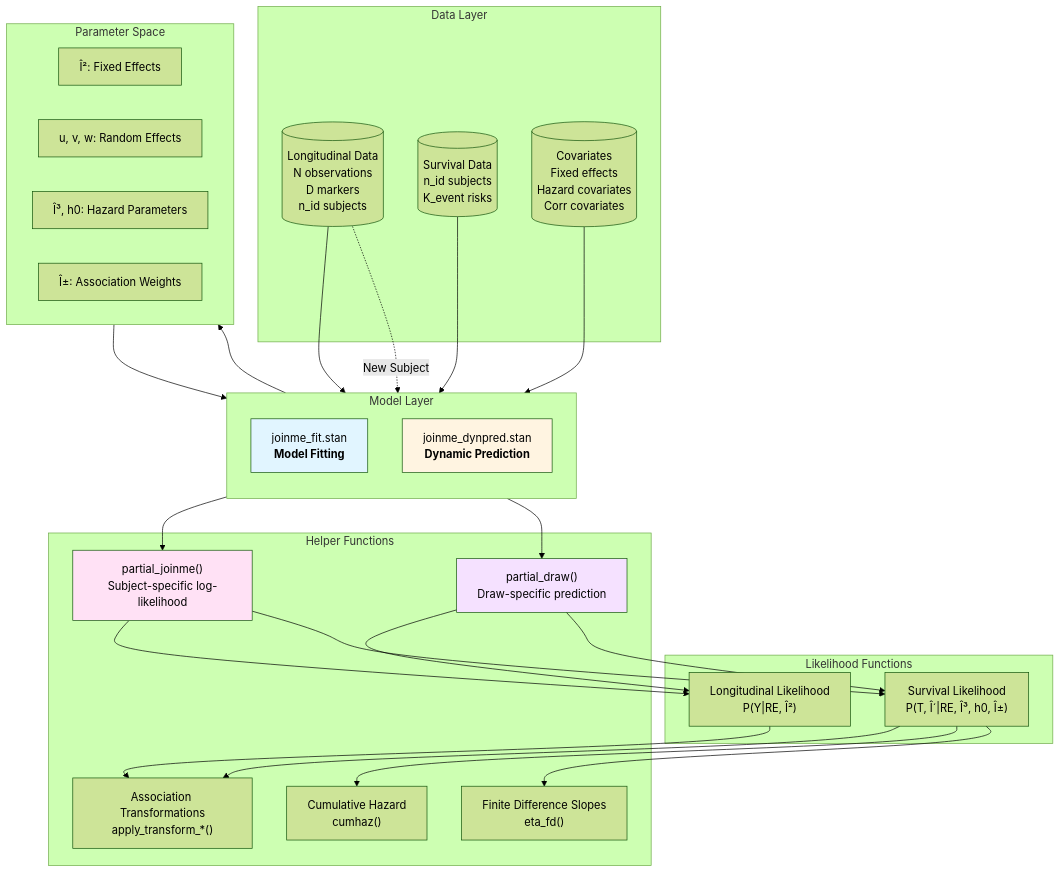
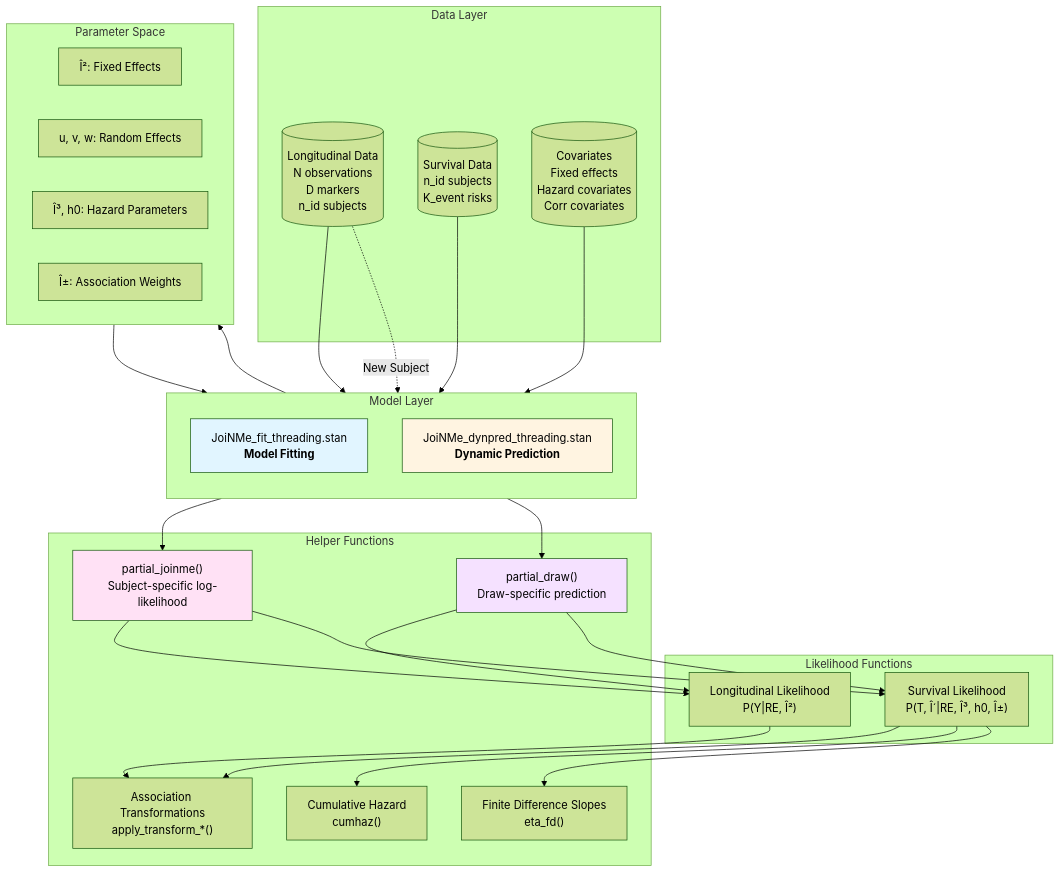
The first of 3 diagrams in notes/joinme-stan-architecture.qmd (trinhdhk/joinme), drawn with Mermaid (forest theme) before and after one commit. The commit also changed other lines of this file and 156 other files, not shown here.

````diff
--- a/notes/joinme-stan-architecture.qmd
+++ b/notes/joinme-stan-architecture.qmd
@@ -94,63 +128,63 @@
 ```{mermaid}
 %%| fig-width: 100%
 flowchart TD
     subgraph Data["Data Layer"]
         LongData[("Longitudinal Data<br/>N observations<br/>D markers<br/>n_id subjects")]
         EventData[("Survival Data<br/>n_id subjects<br/>K_event risks")]
         Covariates[("Covariates<br/>Fixed effects<br/>Hazard covariates<br/>Corr covariates")]
     end
     
     subgraph Model["Model Layer"]
         direction TB
-        FitModel["joinme_fit.stan<br/><b>Model Fitting</b>"]
-        DynPred["joinme_dynpred.stan<br/><b>Dynamic Prediction</b>"]
+        FitModel["JoiNMe_fit_threading.stan<br/><b>Model Fitting</b>"]
+        DynPred["JoiNMe_dynpred_threading.stan<br/><b>Dynamic Prediction</b>"]
     end
     
     subgraph Parameters["Parameter Space"]
         direction LR
         FixedEffects["Î²: Fixed Effects"]
         RandomEffects["u, v, w: Random Effects"]
         Hazard["Î³, h0: Hazard Parameters"]
         Association["Î±: Association Weights"]
     end
     
     subgraph Likelihood["Likelihood Functions"]
         LongLik["Longitudinal Likelihood<br/>P(Y|RE, Î²)"]
         SurvLik[" Survival Likelihood<br/>P(T, Î´|RE, Î³, h0, Î±)"]
     end
     
    subgraph Helpers["Helper Functions"]
         PartialFit["partial_joinme()<br/>Subject-specific log-likelihood"]
         PartialDynPred["partial_draw()<br/>Draw-specific prediction"]
         Transform["Association Transformations<br/>apply_transform_*()"]
         CumHaz["Cumulative Hazard<br/>cumhaz()"]
         EtaFD["Finite Difference Slopes<br/>eta_fd()"]
     end
     
     LongData --> FitModel
     EventData --> FitModel
     Covariates --> FitModel
     
     FitModel --> Parameters
     Parameters --> DynPred
     LongData -.->|New Subject| DynPred
     
     FitModel --> PartialFit
     DynPred --> PartialDynPred
     
     PartialFit --> LongLik
     PartialFit --> SurvLik
     
     PartialDynPred --> LongLik
     PartialDynPred --> SurvLik
     
     LongLik --> Transform
     SurvLik --> Transform
     SurvLik --> CumHaz
     SurvLik --> EtaFD
     
     style FitModel fill:#e1f5ff
     style DynPred fill:#fff4e1
     style PartialFit fill:#ffe1f5
     style PartialDynPred fill:#f5e1ff
 ```
````
